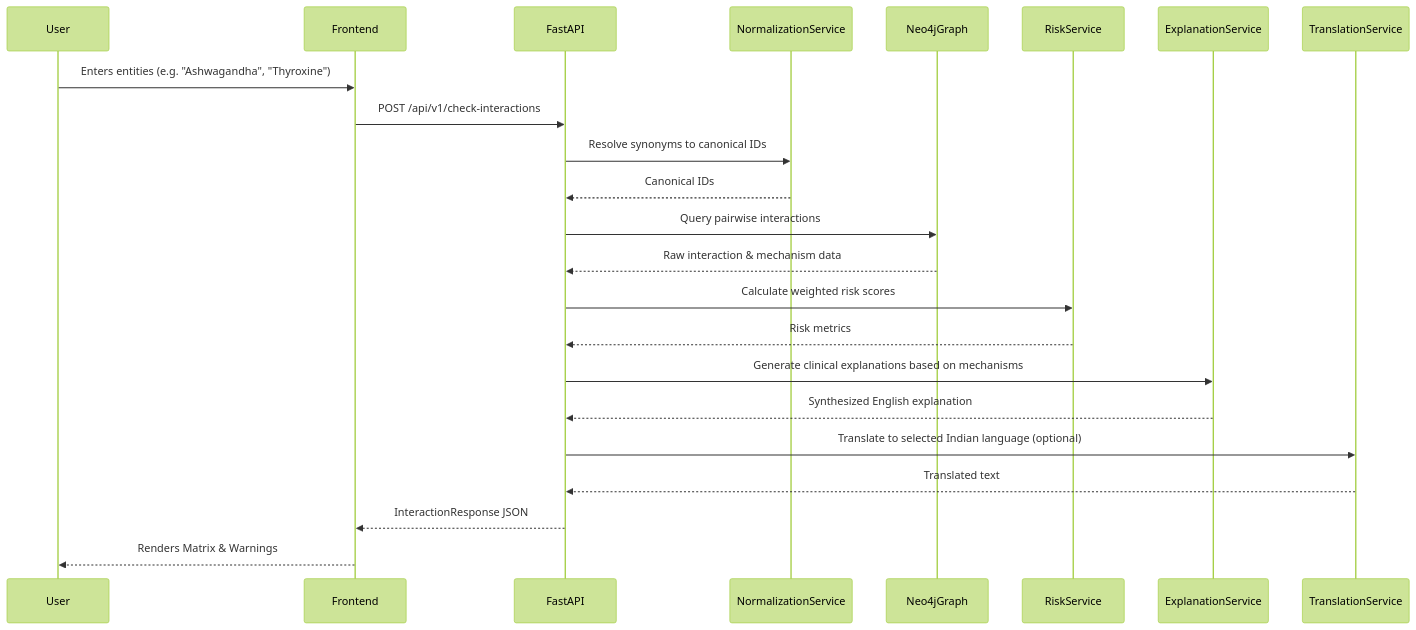
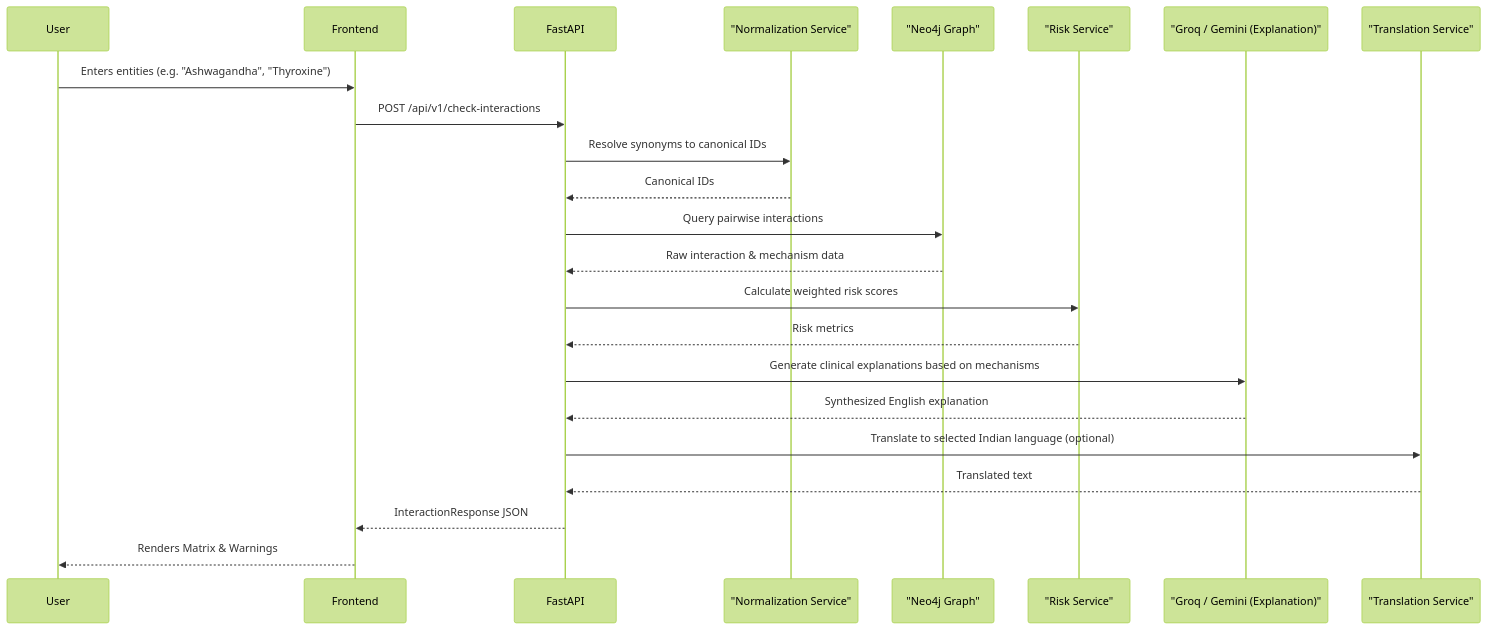
The third of 9 diagrams in README.md (icemberg/Aushnexa_BioLumina---an-AI-powered-Ayurveda-Allopathy-Drug-Interaction-Platform.), drawn with Mermaid (forest theme) before and after one commit. The commit also changed other lines of this file and 1 other file, not shown here.

````diff
--- a/README.md
+++ b/README.md
@@ -206,26 +209,26 @@
 ```mermaid
 sequenceDiagram
     participant User
     participant Frontend
     participant FastAPI
-    participant NormService as NormalizationService
-    participant Graph as Neo4jGraph
-    participant Risk as RiskService
-    participant Claude as ExplanationService
-    participant Sarvam as TranslationService
+    participant NormService as "Normalization Service"
+    participant Graph as "Neo4j Graph"
+    participant Risk as "Risk Service"
+    participant Groq as "Groq / Gemini (Explanation)"
+    participant Sarvam as "Translation Service"
 
     User->>Frontend: Enters entities (e.g. "Ashwagandha", "Thyroxine")
     Frontend->>FastAPI: POST /api/v1/check-interactions
     FastAPI->>NormService: Resolve synonyms to canonical IDs
     NormService-->>FastAPI: Canonical IDs
     FastAPI->>Graph: Query pairwise interactions
     Graph-->>FastAPI: Raw interaction & mechanism data
     FastAPI->>Risk: Calculate weighted risk scores
     Risk-->>FastAPI: Risk metrics
-    FastAPI->>Claude: Generate clinical explanations based on mechanisms
-    Claude-->>FastAPI: Synthesized English explanation
+    FastAPI->>Groq: Generate clinical explanations based on mechanisms
+    Groq-->>FastAPI: Synthesized English explanation
     FastAPI->>Sarvam: Translate to selected Indian language (optional)
     Sarvam-->>FastAPI: Translated text
     FastAPI-->>Frontend: InteractionResponse JSON
     Frontend-->>User: Renders Matrix & Warnings
 ```
````
